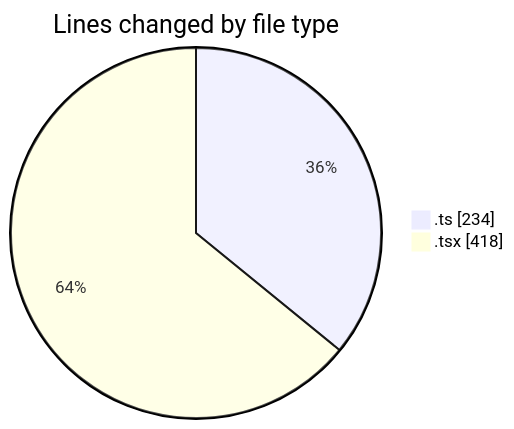
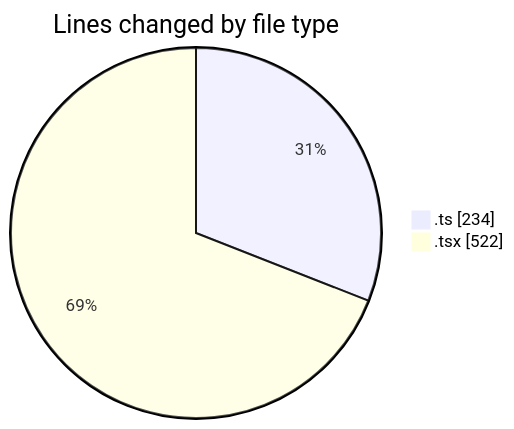
Before and after one commit to momahboobian/code-tracking: the first of 2 diagrams in 2025-05-01/cda/README.md, drawn with Mermaid. The commit also changed other lines of this file and 1 other file, not shown here.

````diff
--- a/2025-05-01/cda/README.md
+++ b/2025-05-01/cda/README.md
@@ -24,6 +24,6 @@
 ```mermaid
 pie showData
 title Lines changed by file type
 ".ts" : 234
-".tsx" : 418
+".tsx" : 522
 ```
````
